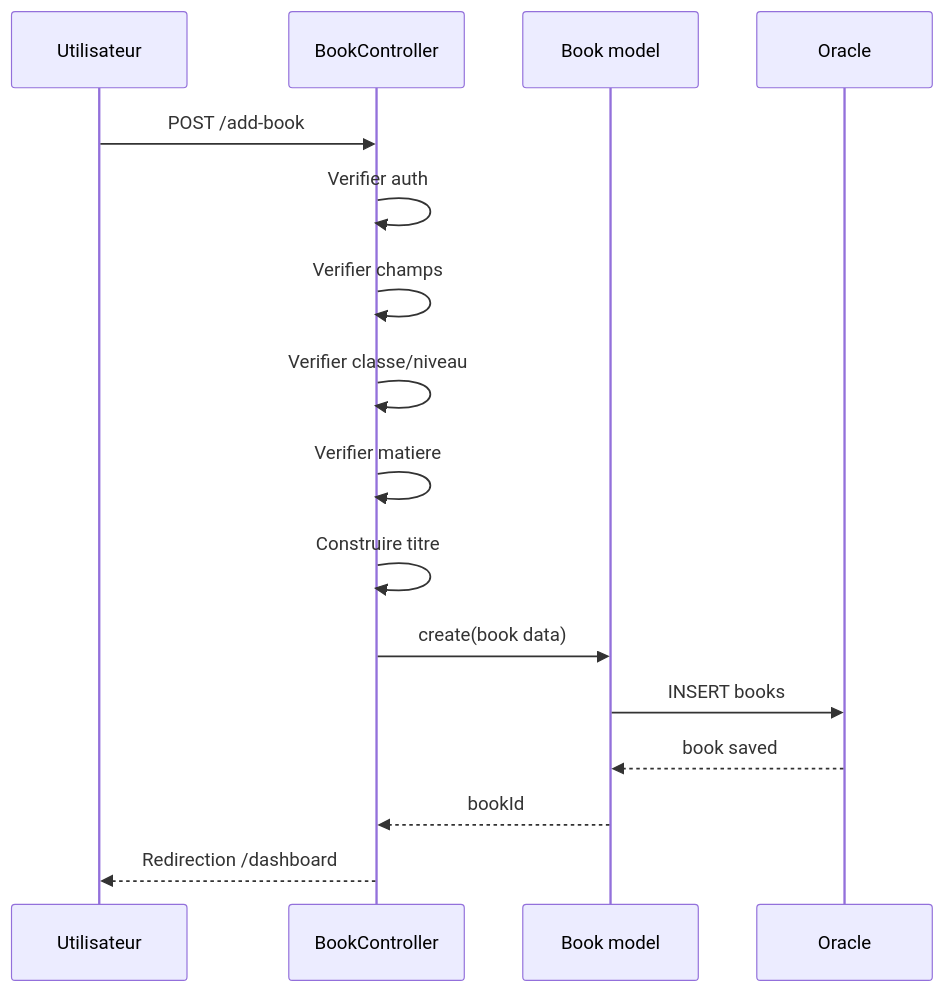
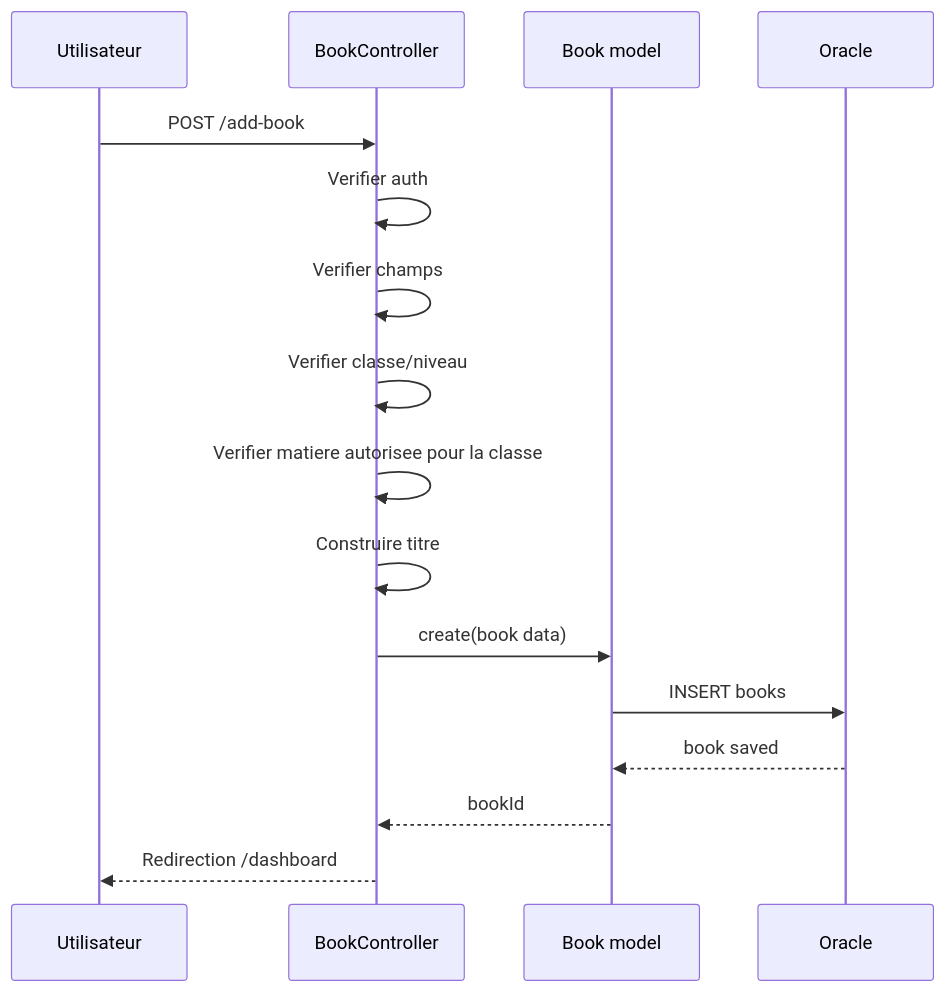
Before and after one commit to MrTBK/bookcycle-tunisia: the eighth of 19 diagrams in documents_aide/DIAGRAMMES_PROJET_COMPLETS.md, drawn with Mermaid. The commit also changed other lines of this file and 25 other files, not shown here.

````diff
--- a/documents_aide/DIAGRAMMES_PROJET_COMPLETS.md
+++ b/documents_aide/DIAGRAMMES_PROJET_COMPLETS.md
@@ -211,19 +221,19 @@
 ```mermaid
 sequenceDiagram
     participant U as Utilisateur
     participant B as BookController
     participant M as Book model
     participant DB as Oracle
 
     U->>B: POST /add-book
     B->>B: Verifier auth
     B->>B: Verifier champs
     B->>B: Verifier classe/niveau
-    B->>B: Verifier matiere
+    B->>B: Verifier matiere autorisee pour la classe
     B->>B: Construire titre
     B->>M: create(book data)
     M->>DB: INSERT books
     DB-->>M: book saved
     M-->>B: bookId
     B-->>U: Redirection /dashboard
 ```
````
